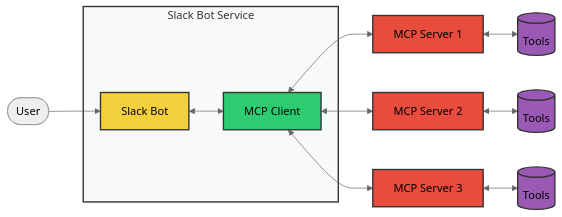
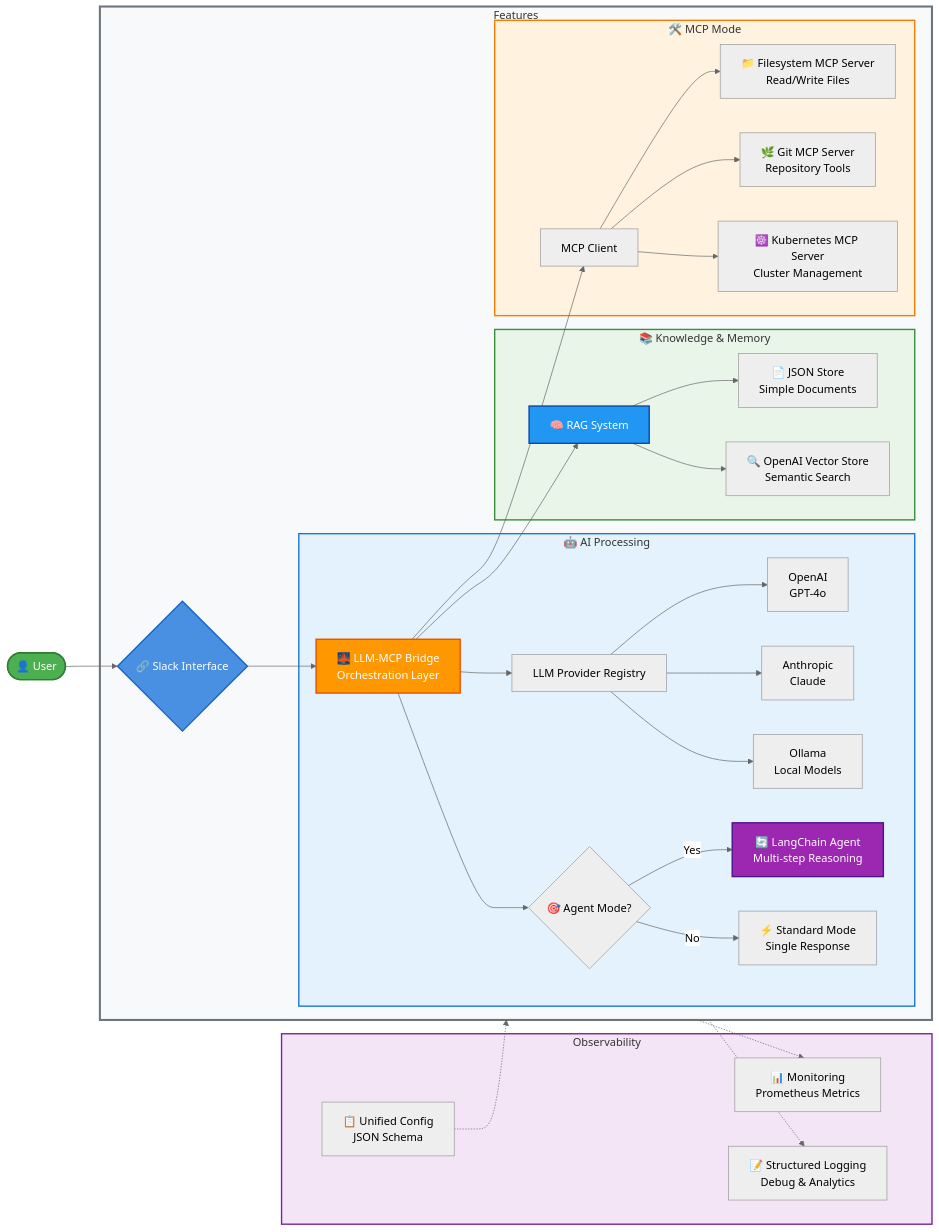
One commit to tuannvm/slack-mcp-client changed the diagram in README.md. Above: the diagram before and after it, drawn with Mermaid (neutral theme). The commit also changed other lines of this file and 22 other files, not shown here.

````diff
--- a/README.md
+++ b/README.md
@@ -22,28 +45,55 @@
 ```mermaid
 flowchart LR
-    User([User]) --> SlackBot
-    
-    subgraph SlackBotService[Slack Bot Service]
-        SlackBot[Slack Bot] <--> MCPClient[MCP Client]
+    User([👤 User]) --> Slack{🔗 Slack Interface}
+
+    subgraph Infrastructure[Observability]
+        Config[📋 Unified Config<br/>JSON Schema]
+        Monitoring[📊 Monitoring<br/>Prometheus Metrics]
+        Logging[📝 Structured Logging<br/>Debug & Analytics]
     end
     
-
+    subgraph Core[Features]
+        Slack --> Bridge[🌉 LLM-MCP Bridge<br/>Orchestration Layer]
+        
+        subgraph LLM[🤖 AI Processing]
+            Bridge --> LLMRegistry[LLM Provider Registry]
+            LLMRegistry --> OpenAI[OpenAI<br/>GPT-4o]
+            LLMRegistry --> Anthropic[Anthropic<br/>Claude]
+            LLMRegistry --> Ollama[Ollama<br/>Local Models]
+            
+            Bridge --> Agent{🎯 Agent Mode?}
+            Agent -->|Yes| LangChain[🔄 LangChain Agent<br/>Multi-step Reasoning]
+            Agent -->|No| Standard[⚡ Standard Mode<br/>Single Response]
+        end
+        
+        subgraph Knowledge[📚 Knowledge & Memory]
+            Bridge --> RAG[🧠 RAG System]
+            RAG --> SimpleRAG[📄 JSON Store<br/>Simple Documents]
+            RAG --> VectorRAG[🔍 OpenAI Vector Store<br/>Semantic Search]
+        end
+        
+        subgraph Tools[🛠️ MCP Mode]
+            Bridge --> MCPManager[MCP Client]
+            MCPManager --> FileSystem[📁 Filesystem MCP Server<br/>Read/Write Files]
+            MCPManager --> Git[🌿 Git MCP Server <br/>Repository Tools]
+            MCPManager --> Kubernetes[☸️ Kubernetes MCP Server<br/>Cluster Management]
+        end
+    end
     
-    MCPClient <--> MCPServer1[MCP Server 1]
-    MCPClient <--> MCPServer2[MCP Server 2]
-    MCPClient <--> MCPServer3[MCP Server 3]
     
-    MCPServer1 <--> Tools1[(Tools)]
-    MCPServer2 <--> Tools2[(Tools)]
-    MCPServer3 <--> Tools3[(Tools)]
+    Config -.-> Core
+    Core -.-> Monitoring
+    Core -.-> Logging
     
-    style SlackBotService fill:#F8F9F9,stroke:#333,stroke-width:2px
-    style SlackBot fill:#F4D03F,stroke:#333,stroke-width:2px
-    style MCPClient fill:#2ECC71,stroke:#333,stroke-width:2px
-    style MCPServer1 fill:#E74C3C,stroke:#333,stroke-width:2px
-    style MCPServer2 fill:#E74C3C,stroke:#333,stroke-width:2px
-    style MCPServer3 fill:#E74C3C,stroke:#333,stroke-width:2px
-    style Tools1 fill:#9B59B6,stroke:#333,stroke-width:2px
-    style Tools2 fill:#9B59B6,stroke:#333,stroke-width:2px
-    style Tools3 fill:#9B59B6,stroke:#333,stroke-width:2px
+    style Core fill:#F8F9FA,stroke:#6C757D,stroke-width:3px
+    style LLM fill:#E3F2FD,stroke:#1976D2,stroke-width:2px
+    style Knowledge fill:#E8F5E8,stroke:#388E3C,stroke-width:2px
+    style Tools fill:#FFF3E0,stroke:#F57C00,stroke-width:2px
+    style Infrastructure fill:#F3E5F5,stroke:#7B1FA2,stroke-width:2px
+    
+    style User fill:#4CAF50,stroke:#2E7D32,stroke-width:2px,color:#fff
+    style Slack fill:#4A90E2,stroke:#1565C0,stroke-width:2px,color:#fff
+    style Bridge fill:#FF9800,stroke:#E65100,stroke-width:2px,color:#fff
+    style LangChain fill:#9C27B0,stroke:#4A148C,stroke-width:2px,color:#fff
+    style RAG fill:#2196F3,stroke:#0D47A1,stroke-width:2px,color:#fff
 ```
````
